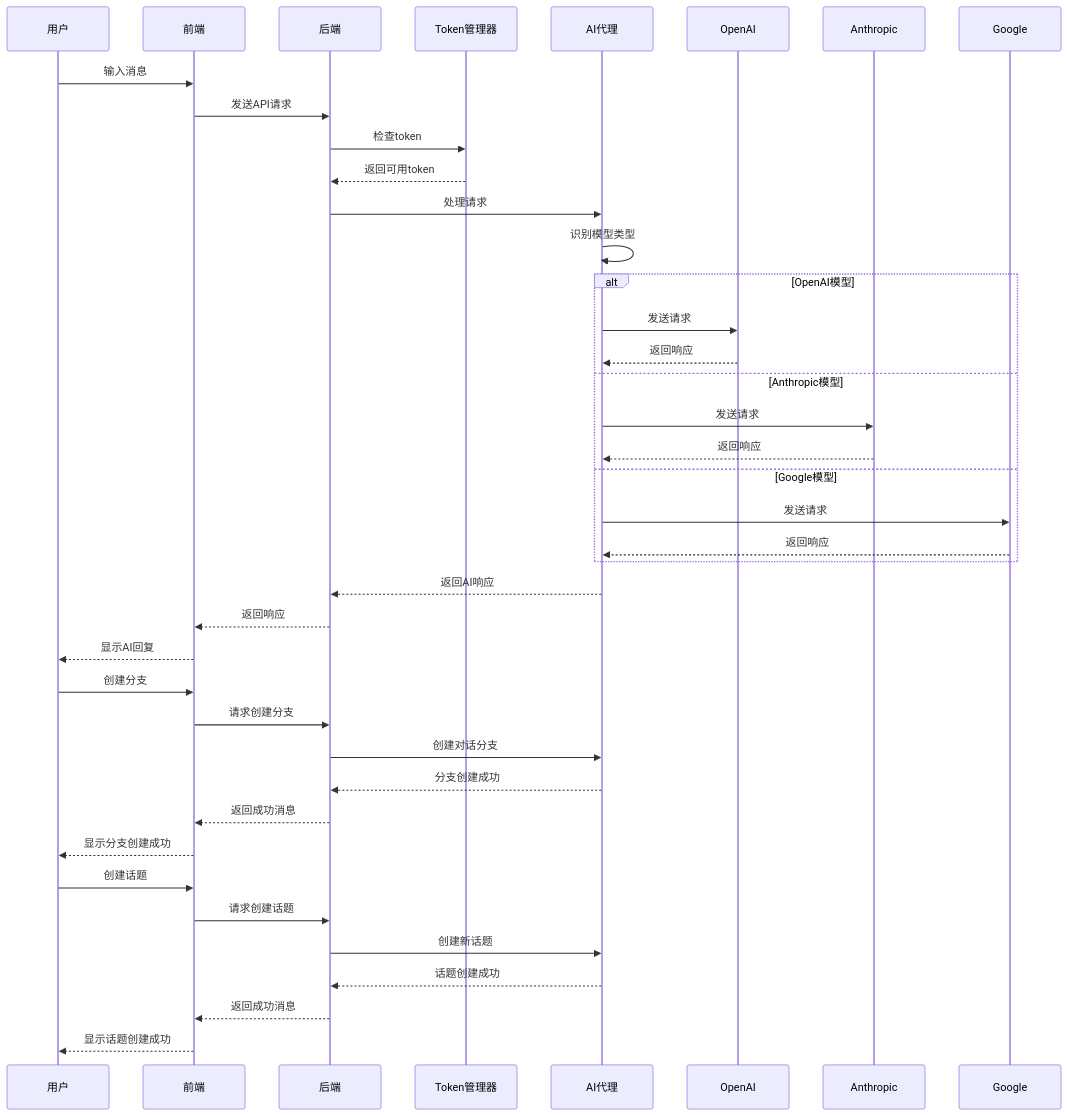
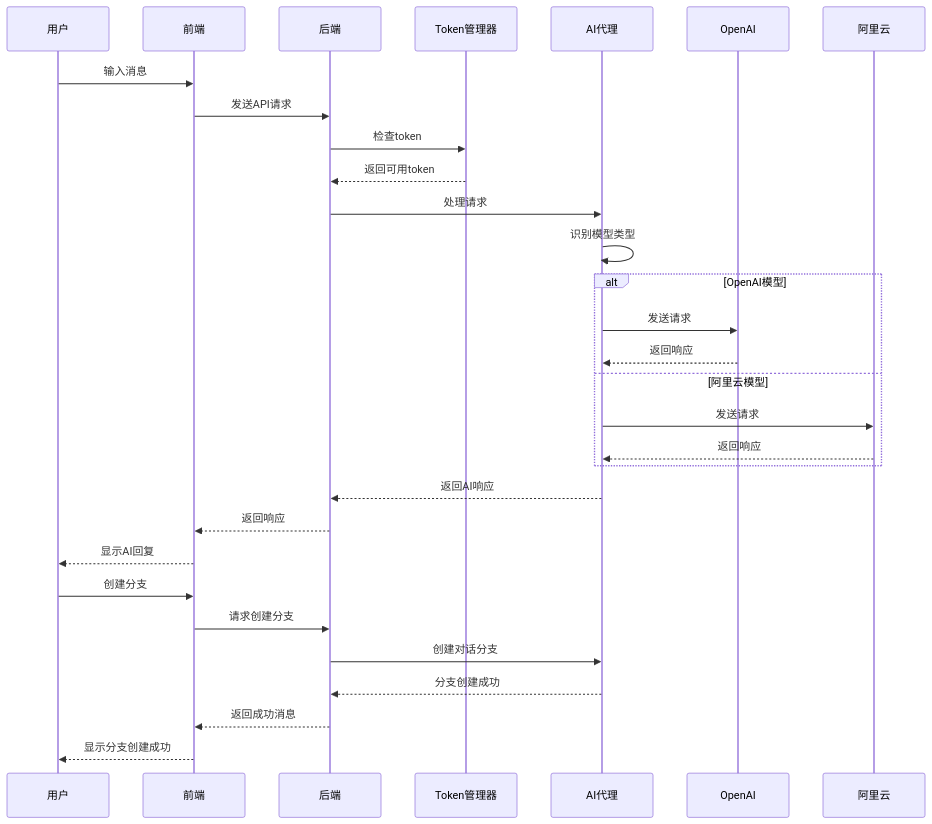
The diagram in README.md (HalleyAllen/TreeFlow), drawn with Mermaid before and after one commit. The commit also changed other lines of this file and 52 other files, not shown here.

Commit message:
添加脑图功能

````diff
--- a/README.md
+++ b/README.md
@@ -151,45 +107,34 @@
 ```mermaid
 sequenceDiagram
     participant User as 用户
     participant Frontend as 前端
     participant Backend as 后端
     participant TokenManager as Token管理器
     participant Agent as AI代理
     participant OpenAI as OpenAI
-    participant Anthropic as Anthropic
-    participant Google as Google
+    participant Aliyun as 阿里云
 
     User->>Frontend: 输入消息
     Frontend->>Backend: 发送API请求
     Backend->>TokenManager: 检查token
     TokenManager-->>Backend: 返回可用token
     Backend->>Agent: 处理请求
     Agent->>Agent: 识别模型类型
     alt OpenAI模型
         Agent->>OpenAI: 发送请求
         OpenAI-->>Agent: 返回响应
-    else Anthropic模型
-        Agent->>Anthropic: 发送请求
-        Anthropic-->>Agent: 返回响应
-    else Google模型
-        Agent->>Google: 发送请求
-        Google-->>Agent: 返回响应
+    else 阿里云模型
+        Agent->>Aliyun: 发送请求
+        Aliyun-->>Agent: 返回响应
     end
     Agent-->>Backend: 返回AI响应
     Backend-->>Frontend: 返回响应
     Frontend-->>User: 显示AI回复
     
     User->>Frontend: 创建分支
     Frontend->>Backend: 请求创建分支
     Backend->>Agent: 创建对话分支
     Agent-->>Backend: 分支创建成功
     Backend-->>Frontend: 返回成功消息
     Frontend-->>User: 显示分支创建成功
-    
-    User->>Frontend: 创建话题
-    Frontend->>Backend: 请求创建话题
-    Backend->>Agent: 创建新话题
-    Agent-->>Backend: 话题创建成功
-    Backend-->>Frontend: 返回成功消息
-    Frontend-->>User: 显示话题创建成功
 ```
````
